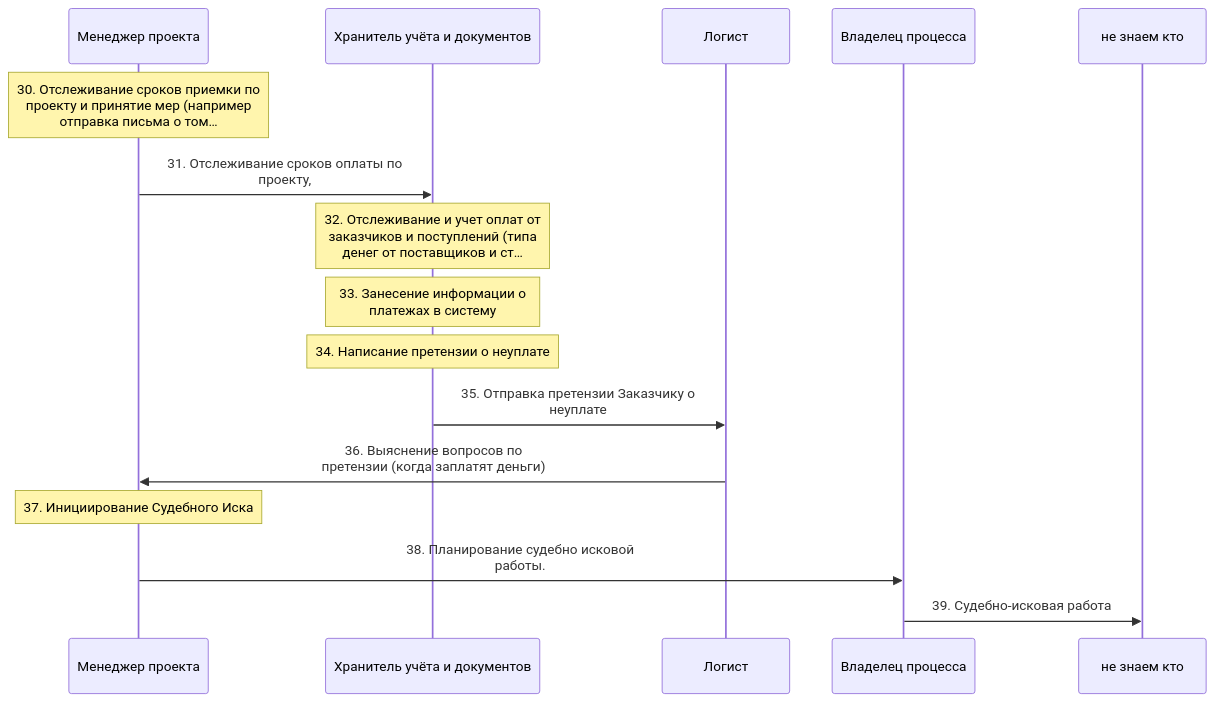
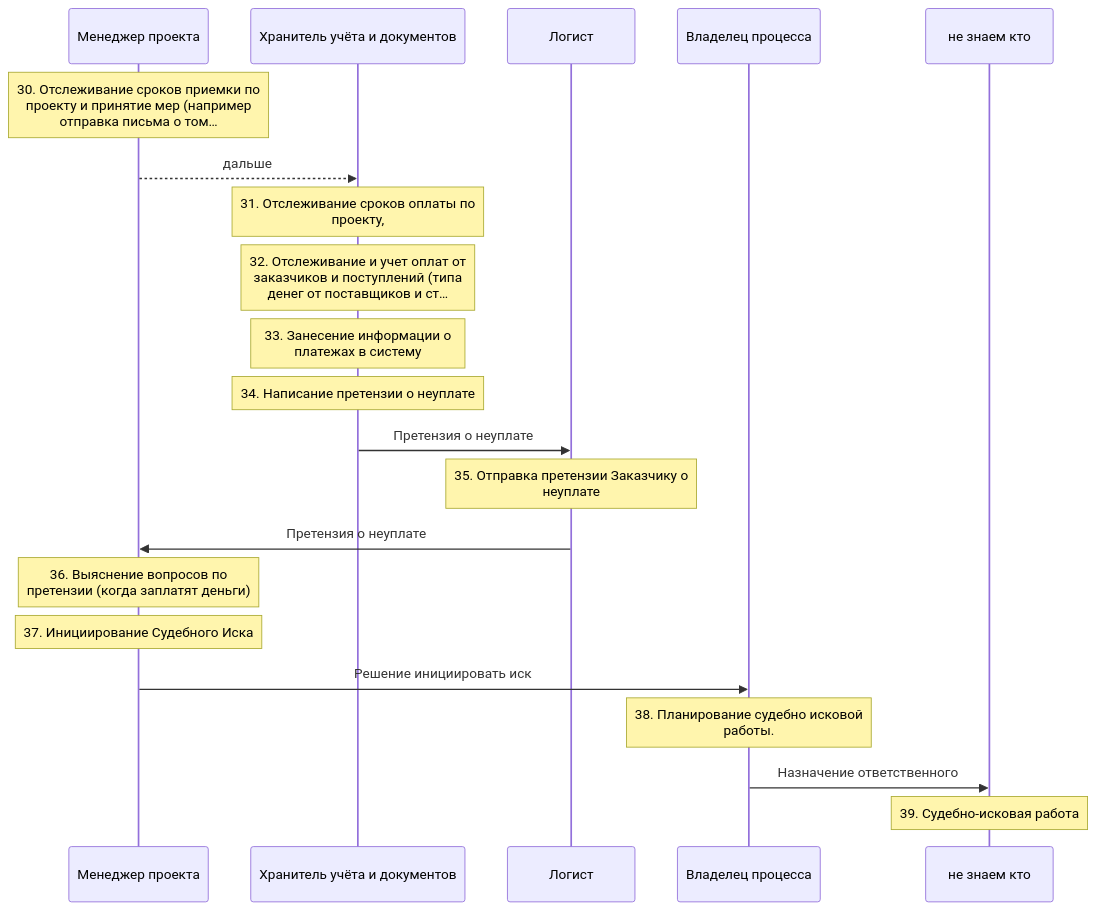
Before and after one commit to vlad78831457/orb-work: the first of 4 diagrams in inst/md-out/pro/r11-kontrol-zakazchika/index.md, drawn with Mermaid. The commit also changed other lines of this file and 86 other files, not shown here.

````diff
--- a/inst/md-out/pro/r11-kontrol-zakazchika/index.md
+++ b/inst/md-out/pro/r11-kontrol-zakazchika/index.md
@@ -14,18 +14,23 @@
 ```mermaid
 sequenceDiagram
   participant r_proekt as Менеджер проекта
   participant r_khranitel as Хранитель учёта и документов
   participant r_logist as Логист
   participant r_vladelets as Владелец процесса
   participant r_none as не знаем кто
   Note over r_proekt: 30. Отслеживание сроков приемки по<br/>проекту и принятие мер (например<br/>отправка письма о том…
-  r_proekt->>r_khranitel: 31. Отслеживание сроков оплаты по<br/>проекту,
+  r_proekt-->>r_khranitel: дальше
+  Note over r_khranitel: 31. Отслеживание сроков оплаты по<br/>проекту,
   Note over r_khranitel: 32. Отслеживание и учет оплат от<br/>заказчиков и поступлений (типа<br/>денег от поставщиков и ст…
   Note over r_khranitel: 33. Занесение информации о<br/>платежах в систему
   Note over r_khranitel: 34. Написание претензии о неуплате
-  r_khranitel->>r_logist: 35. Отправка претензии Заказчику о<br/>неуплате
-  r_logist->>r_proekt: 36. Выяснение вопросов по<br/>претензии (когда заплатят деньги)
+  r_khranitel->>r_logist: Претензия о неуплате
+  Note over r_logist: 35. Отправка претензии Заказчику о<br/>неуплате
+  r_logist->>r_proekt: Претензия о неуплате
+  Note over r_proekt: 36. Выяснение вопросов по<br/>претензии (когда заплатят деньги)
   Note over r_proekt: 37. Инициирование Судебного Иска
-  r_proekt->>r_vladelets: 38. Планирование судебно исковой<br/>работы.
-  r_vladelets->>r_none: 39. Судебно-исковая работа
+  r_proekt->>r_vladelets: Решение инициировать иск
+  Note over r_vladelets: 38. Планирование судебно исковой<br/>работы.
+  r_vladelets->>r_none: Назначение ответственного
+  Note over r_none: 39. Судебно-исковая работа
 ```
````
